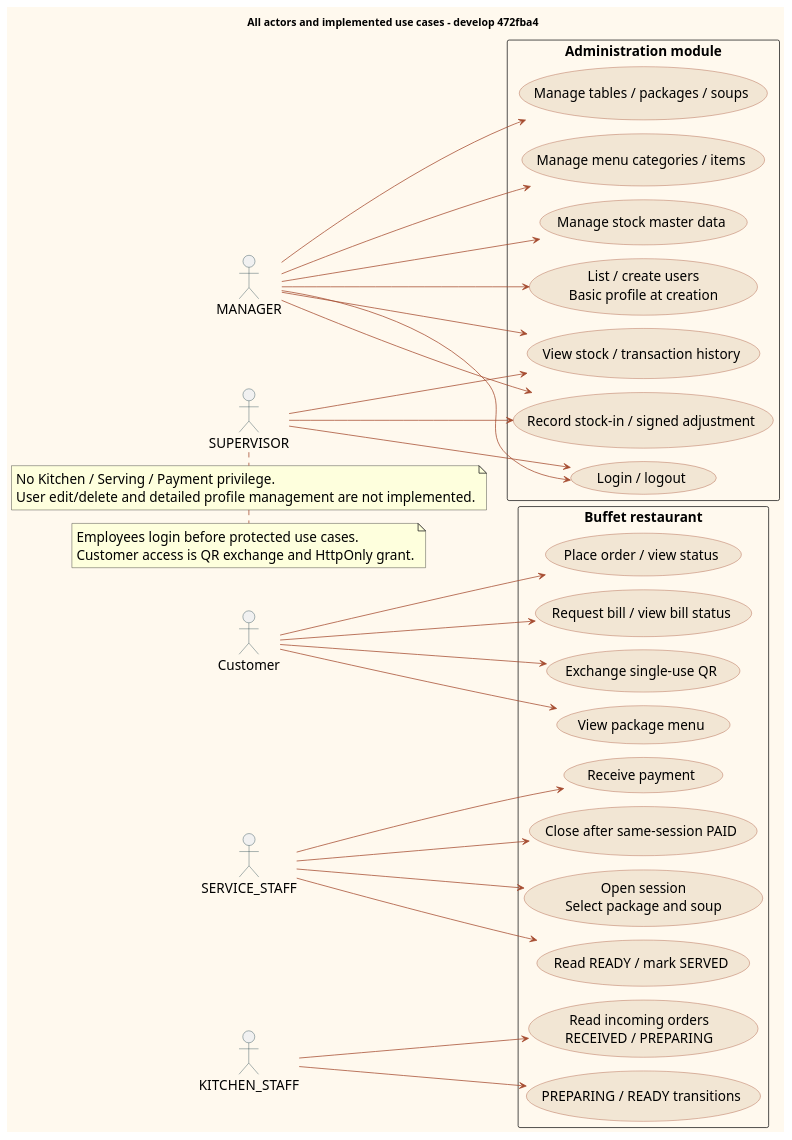
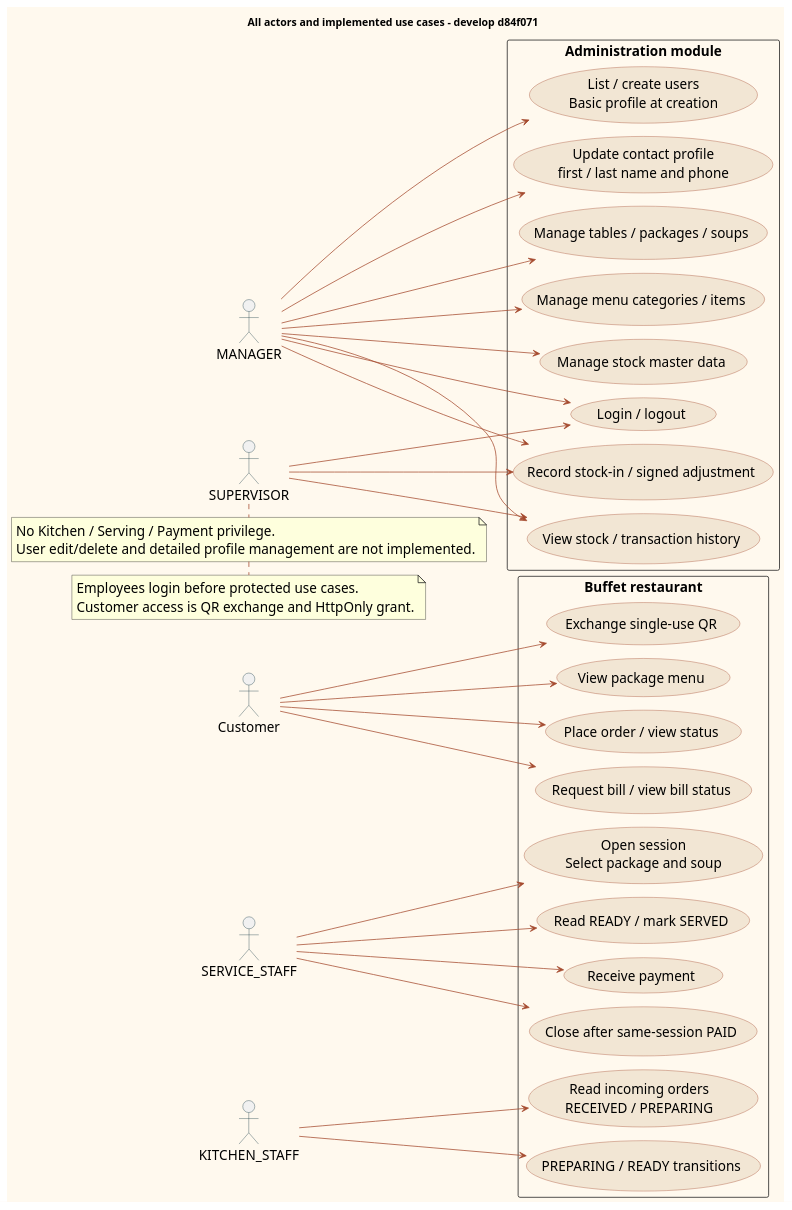
Before and after one commit to PavaritPramual/buffet-restaurant-management-system: the diagram in doc/diagrams/use-case.puml, drawn with PlantUML. The commit also changed 12 other files, not shown here.

Commit message:
docs: update fulfillment and integrated diagram evidence

```diff
--- a/doc/diagrams/use-case.puml
+++ b/doc/diagrams/use-case.puml
@@ -1,70 +1,72 @@
 @startuml
 !pragma layout smetana
 skinparam shadowing false
 skinparam backgroundColor #FFF9EE
 skinparam defaultFontName Tahoma
 skinparam defaultFontSize 18
 skinparam classAttributeIconSize 0
 skinparam ArrowColor #A54A2E
 skinparam classBackgroundColor #FFF9EE
 skinparam classBorderColor #173A45
 skinparam actorBorderColor #173A45
 skinparam usecaseBackgroundColor #F2E6D4
 skinparam usecaseBorderColor #A54A2E
-title All actors and implemented use cases - develop 472fba4
+title All actors and implemented use cases - develop d84f071
 left to right direction
 actor Customer
 actor "SERVICE_STAFF" as Staff
 actor "KITCHEN_STAFF" as Kitchen
 rectangle "Buffet restaurant" {
  usecase "Exchange single-use QR" as QR
  usecase "View package menu" as CustomerMenu
  usecase "Place order / view status" as Order
  usecase "Request bill / view bill status" as Bill
  usecase "Open session\nSelect package and soup" as Open
  usecase "Read READY / mark SERVED" as Serve
  usecase "Receive payment" as Pay
  usecase "Close after same-session PAID" as Close
  usecase "Read incoming orders\nRECEIVED / PREPARING" as Incoming
  usecase "PREPARING / READY transitions" as Prepare
 }
 Customer --> QR
 Customer --> CustomerMenu
 Customer --> Order
 Customer --> Bill
 Staff --> Open
 Staff --> Serve
 Staff --> Pay
 Staff --> Close
 Kitchen --> Incoming
 Kitchen --> Prepare
 actor "MANAGER" as Manager
 actor "SUPERVISOR" as Supervisor
 rectangle "Administration module" {
  usecase "Login / logout" as Login
  usecase "List / create users\nBasic profile at creation" as Users
+ usecase "Update contact profile\nfirst / last name and phone" as Profile
  usecase "Manage tables / packages / soups" as Catalog
  usecase "Manage menu categories / items" as AdminMenu
  usecase "Manage stock master data" as Master
  usecase "View stock / transaction history" as Read
  usecase "Record stock-in / signed adjustment" as Move
 }
 Manager --> Login
 Supervisor --> Login
 Manager --> Users
+Manager --> Profile
 Manager --> Catalog
 Manager --> AdminMenu
 Manager --> Master
 Manager --> Read
 Manager --> Move
 Supervisor --> Read
 Supervisor --> Move
 note bottom of Supervisor
 No Kitchen / Serving / Payment privilege.
 User edit/delete and detailed profile management are not implemented.
 end note
 note bottom
 Employees login before protected use cases.
 Customer access is QR exchange and HttpOnly grant.
 end note
 @enduml
```
